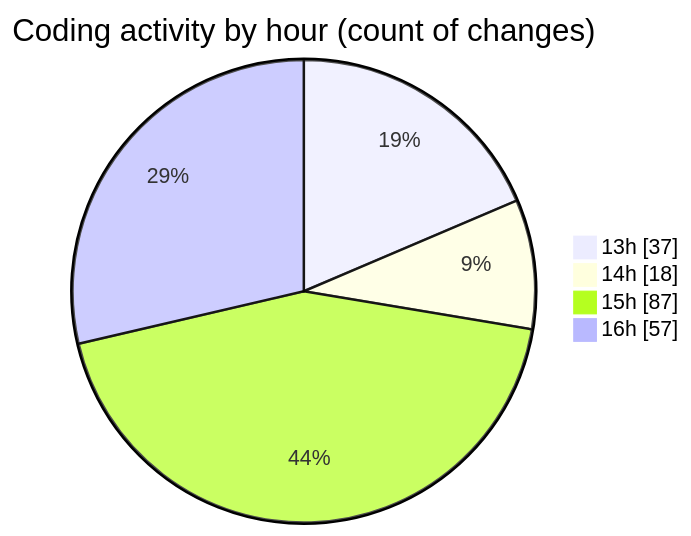
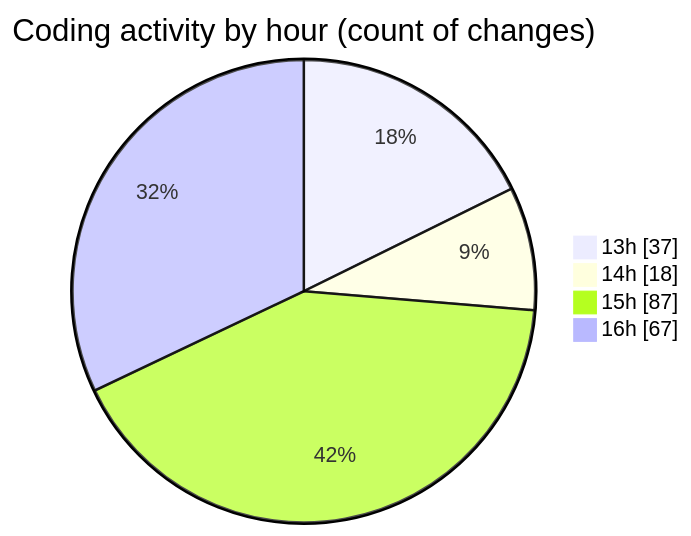
Before and after one commit to Unknowalive/code-tracking: the second of 2 diagrams in 2026-04-11/scripting_workshop/README.md, drawn with Mermaid. The commit also changed other lines of this file and 1 other file, not shown here.

````diff
--- a/2026-04-11/scripting_workshop/README.md
+++ b/2026-04-11/scripting_workshop/README.md
@@ -65,8 +65,8 @@
 ```mermaid
 pie showData
 title Coding activity by hour (count of changes)
 "13h" : 37
 "14h" : 18
 "15h" : 87
-"16h" : 57
+"16h" : 67
 ```
````
